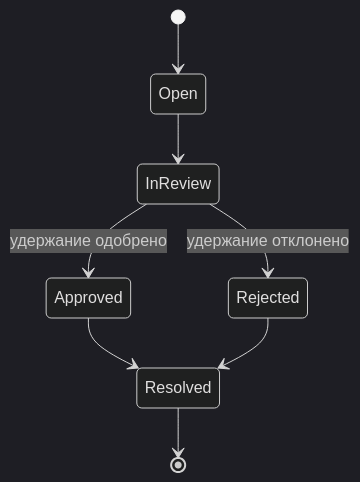
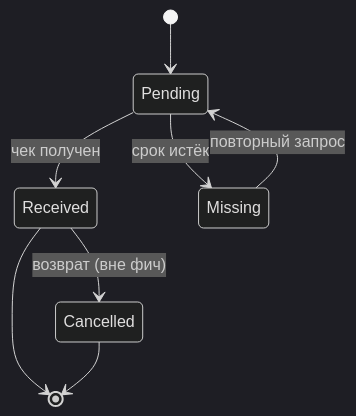
Before and after one commit to Antipindima1/722: the fourth of 4 diagrams in knowledge/02-business-rules.md, drawn with Mermaid (dark theme). The commit also changed other lines of this file and 22 other files, not shown here.

````diff
--- a/knowledge/02-business-rules.md
+++ b/knowledge/02-business-rules.md
@@ -228,10 +148,10 @@
 ```mermaid
 stateDiagram-v2
-    [*] --> Open
-    Open --> InReview
-    InReview --> Approved: удержание одобрено
-    InReview --> Rejected: удержание отклонено
-    Approved --> Resolved
-    Rejected --> Resolved
-    Resolved --> [*]
+    [*] --> Pending
+    Pending --> Received: чек получен
+    Pending --> Missing: срок истёк
+    Missing --> Pending: повторный запрос
+    Received --> Cancelled: возврат (вне фич)
+    Received --> [*]
+    Cancelled --> [*]
 ```
````
